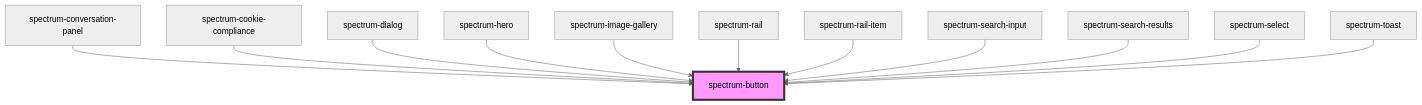
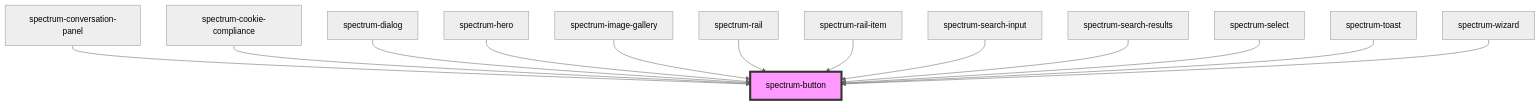
One commit to emamirelar/spectrum changed the diagram in packages/core/src/components/spectrum-button/readme.md. Above: the diagram before and after it, drawn with Mermaid (neutral theme). The commit also changed other lines of this file and 45 other files, not shown here.

Commit message:
Implement spectrum-switch and spectrum-wizard components, enhancing the design system with toggle functionality and guided experiences. Added comprehensive accessibility features, event handling, and documentation updates. Incremented version to 0.0.1-alpha.37.

````diff
--- a/packages/core/src/components/spectrum-button/readme.md
+++ b/packages/core/src/components/spectrum-button/readme.md
@@ -75,15 +81,16 @@
 ```mermaid
 graph TD;
   spectrum-conversation-panel --> spectrum-button
   spectrum-cookie-compliance --> spectrum-button
   spectrum-dialog --> spectrum-button
   spectrum-hero --> spectrum-button
   spectrum-image-gallery --> spectrum-button
   spectrum-rail --> spectrum-button
   spectrum-rail-item --> spectrum-button
   spectrum-search-input --> spectrum-button
   spectrum-search-results --> spectrum-button
   spectrum-select --> spectrum-button
   spectrum-toast --> spectrum-button
+  spectrum-wizard --> spectrum-button
   style spectrum-button fill:#f9f,stroke:#333,stroke-width:4px
 ```
````
